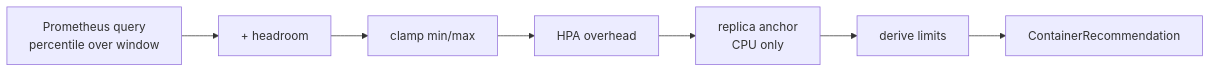
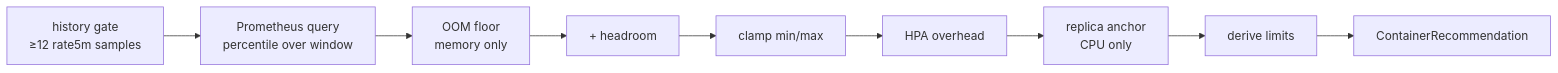
The diagram in docs/concepts/recommendation-pipeline.md (noony/k8s-sustain), drawn with Mermaid before and after one commit. The commit also changed other lines of this file and 12 other files, not shown here.

Commit message:
exclude if number of samples < 5 minutes and add oom signal response

````diff
--- a/docs/concepts/recommendation-pipeline.md
+++ b/docs/concepts/recommendation-pipeline.md
@@ -31,9 +33,11 @@
 ```mermaid
 flowchart LR
-    Q[Prometheus query<br/>percentile over window] --> H[+ headroom]
+    G[history gate<br/>≥12 rate5m samples] --> Q[Prometheus query<br/>percentile over window]
+    Q --> F[OOM floor<br/>memory only]
+    F --> H[+ headroom]
     H --> C[clamp min/max]
     C --> O[HPA overhead]
     O --> R[replica anchor<br/>CPU only]
     R --> L[derive limits]
     L --> OUT[ContainerRecommendation]
 ```
````
